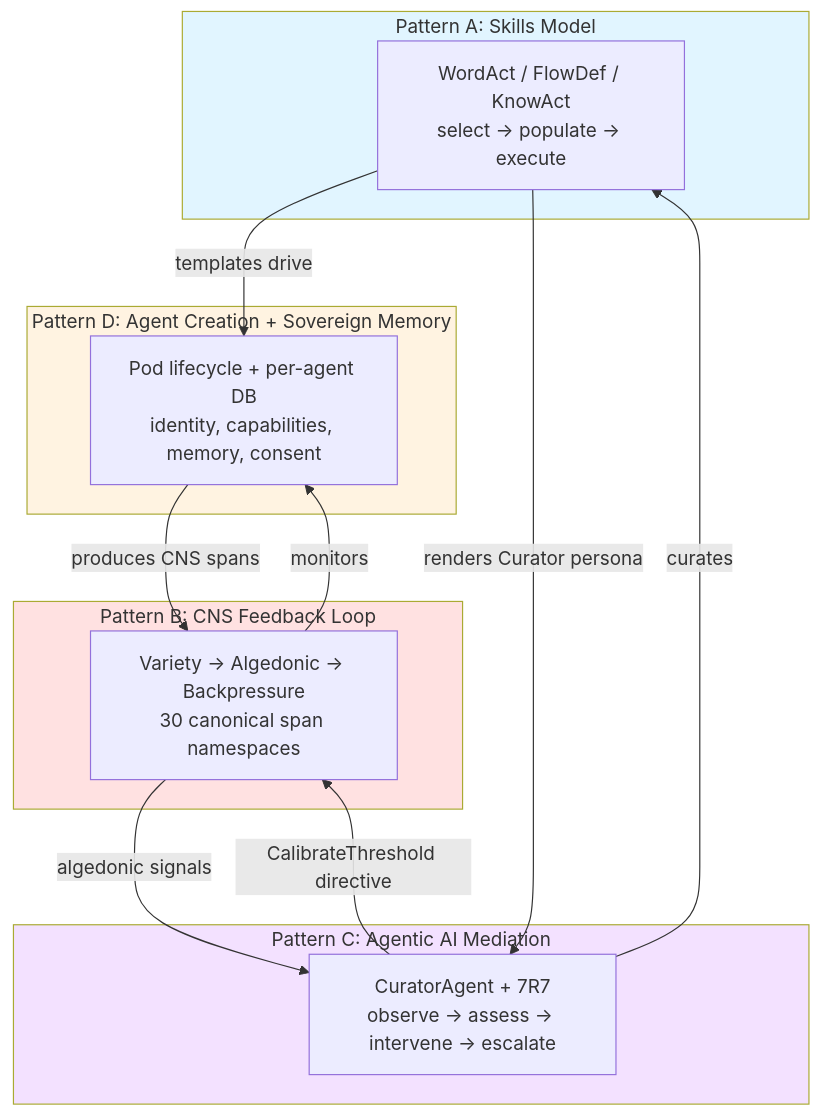
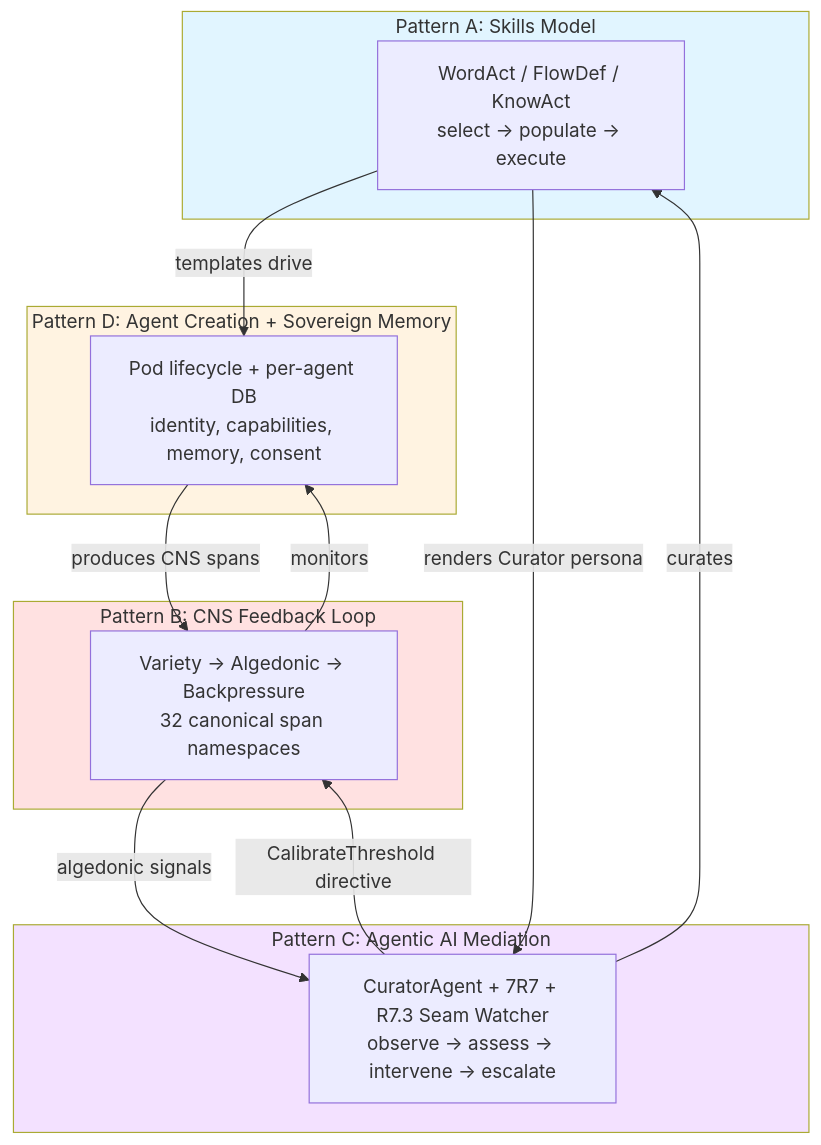
One commit to mdz-axo/hKask changed the first of 4 diagrams in docs/architecture/hKask-architecture-master.md. Above: the diagram before and after it, drawn with Mermaid. The commit also changed other lines of this file and 23 other files, not shown here.

````diff
--- a/docs/architecture/hKask-architecture-master.md
+++ b/docs/architecture/hKask-architecture-master.md
@@ -120,31 +122,31 @@
 ```mermaid
 graph TD
     subgraph Skills["Pattern A: Skills Model"]
         SK["WordAct / FlowDef / KnowAct<br/>select → populate → execute"]
     end
 
     subgraph CNS["Pattern B: CNS Feedback Loop"]
-        CN["Variety → Algedonic → Backpressure<br/>30 canonical span namespaces"]
+        CN["Variety → Algedonic → Backpressure<br/>32 canonical span namespaces"]
     end
 
     subgraph Curator["Pattern C: Agentic AI Mediation"]
-        CU["CuratorAgent + 7R7<br/>observe → assess → intervene → escalate"]
+        CU["CuratorAgent + 7R7 + R7.3 Seam Watcher<br/>observe → assess → intervene → escalate"]
     end
 
     subgraph Agents["Pattern D: Agent Creation + Sovereign Memory"]
         AG["Pod lifecycle + per-agent DB<br/>identity, capabilities, memory, consent"]
     end
 
     SK -->|"templates drive"| AG
     CN -->|"monitors"| AG
     CN -->|"algedonic signals"| CU
     CU -->|"CalibrateThreshold directive"| CN
     CU -->|"curates"| SK
     AG -->|"produces CNS spans"| CN
     SK -->|"renders Curator persona"| CU
 
     style Skills fill:#e1f5ff
     style CNS fill:#ffe1e1
     style Curator fill:#f3e1ff
     style Agents fill:#fff3e1
 ```
````
